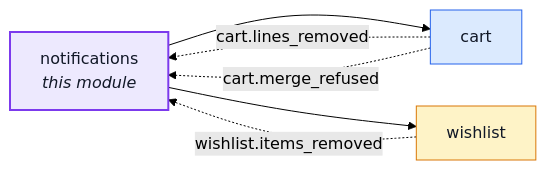
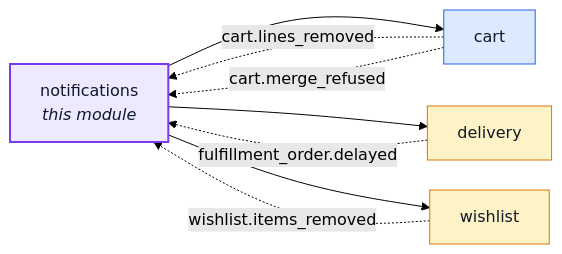
The first of 2 diagrams in docs/modules/notifications.md (Guebbit/boilerplate-node-backend), drawn with Mermaid (forest theme) before and after one commit. The commit also changed other lines of this file and 61 other files, not shown here.

````diff
--- a/docs/modules/notifications.md
+++ b/docs/modules/notifications.md
@@ -16,21 +16,24 @@
 ```mermaid
 %%{init: {'flowchart': {'nodeSpacing': 30, 'rankSpacing': 60}}}%%
 flowchart LR
     notifications["notifications<br/><i>this module</i>"]
     cart["cart"]
+    delivery["delivery"]
     wishlist["wishlist"]
 
     notifications --> cart
+    notifications --> delivery
     notifications --> wishlist
     cart -. "cart.lines_removed" .-> notifications
     cart -. "cart.merge_refused" .-> notifications
+    delivery -. "fulfillment_order.delayed" .-> notifications
     wishlist -. "wishlist.items_removed" .-> notifications
 
     classDef core fill:#dbeafe,stroke:#2563eb,color:#111827;
     classDef supporting fill:#fef3c7,stroke:#d97706,color:#111827;
     classDef generic fill:#dcfce7,stroke:#16a34a,color:#111827;
     classDef centre fill:#ede9fe,stroke:#7c3aed,stroke-width:2px,color:#111827;
     class cart core;
-    class wishlist supporting;
+    class delivery,wishlist supporting;
     class notifications centre;
 ```
````
